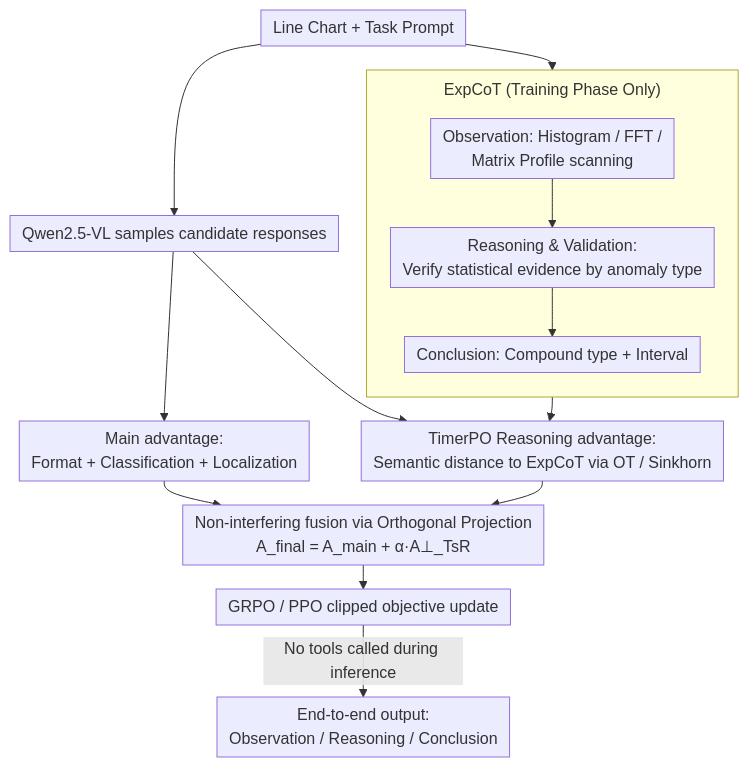
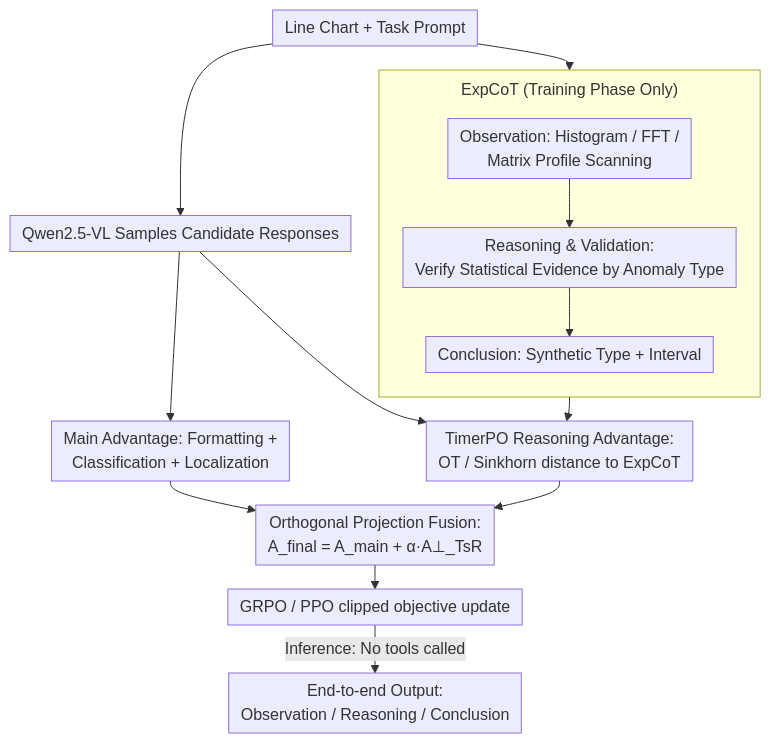
The diagram in docs/ICML2026/time_series/anomseer_reinforcing_multimodal_llms_to_reason_for_time-series_anomaly_detection.md (zhaoyang97/Paper-Notes-en), drawn with Mermaid before and after one commit. The commit also changed other lines of this file and 5084 other files, not shown here.

````diff
--- a/docs/ICML2026/time_series/anomseer_reinforcing_multimodal_llms_to_reason_for_time-series_anomaly_detection.md
+++ b/docs/ICML2026/time_series/anomseer_reinforcing_multimodal_llms_to_reason_for_time-series_anomaly_detection.md
@@ -45,17 +45,17 @@
 ```mermaid
 %%{init: {'flowchart': {'rankSpacing': 24, 'nodeSpacing': 28, 'padding': 6, 'wrappingWidth': 400, 'subGraphTitleMargin': {'top': 8, 'bottom': 16}}}}%%
 flowchart TD
-    A["Line Chart + Task Prompt"] --> M["Qwen2.5-VL samples candidate responses"]
+    A["Line Chart + Task Prompt"] --> M["Qwen2.5-VL Samples Candidate Responses"]
     subgraph EXP["ExpCoT (Training Phase Only)"]
         direction TB
-        E1["Observation: Histogram / FFT /<br/>Matrix Profile scanning"] --> E2["Reasoning & Validation:<br/>Verify statistical evidence by anomaly type"] --> E3["Conclusion: Compound type + Interval"]
+        E1["Observation: Histogram / FFT /<br/>Matrix Profile Scanning"] --> E2["Reasoning & Validation:<br/>Verify Statistical Evidence by Anomaly Type"] --> E3["Conclusion: Synthetic Type + Interval"]
     end
     A --> EXP
-    M --> R1["Main advantage:<br/>Format + Classification + Localization"]
-    M --> R2["TimerPO Reasoning advantage:<br/>Semantic distance to ExpCoT via OT / Sinkhorn"]
+    M --> R1["Main Advantage: Formatting +<br/>Classification + Localization"]
+    M --> R2["TimerPO Reasoning Advantage:<br/>OT / Sinkhorn distance to ExpCoT"]
     EXP --> R2
-    R1 --> O["Non-interfering fusion via Orthogonal Projection<br/>A_final = A_main + α·A⊥_TsR"]
+    R1 --> O["Orthogonal Projection Fusion:<br/>A_final = A_main + α·A⊥_TsR"]
     R2 --> O
     O --> U["GRPO / PPO clipped objective update"]
-    U -->|No tools called during inference| INF["End-to-end output:<br/>Observation / Reasoning / Conclusion"]
+    U -->|Inference: No tools called| INF["End-to-end Output:<br/>Observation / Reasoning / Conclusion"]
 ```
````
